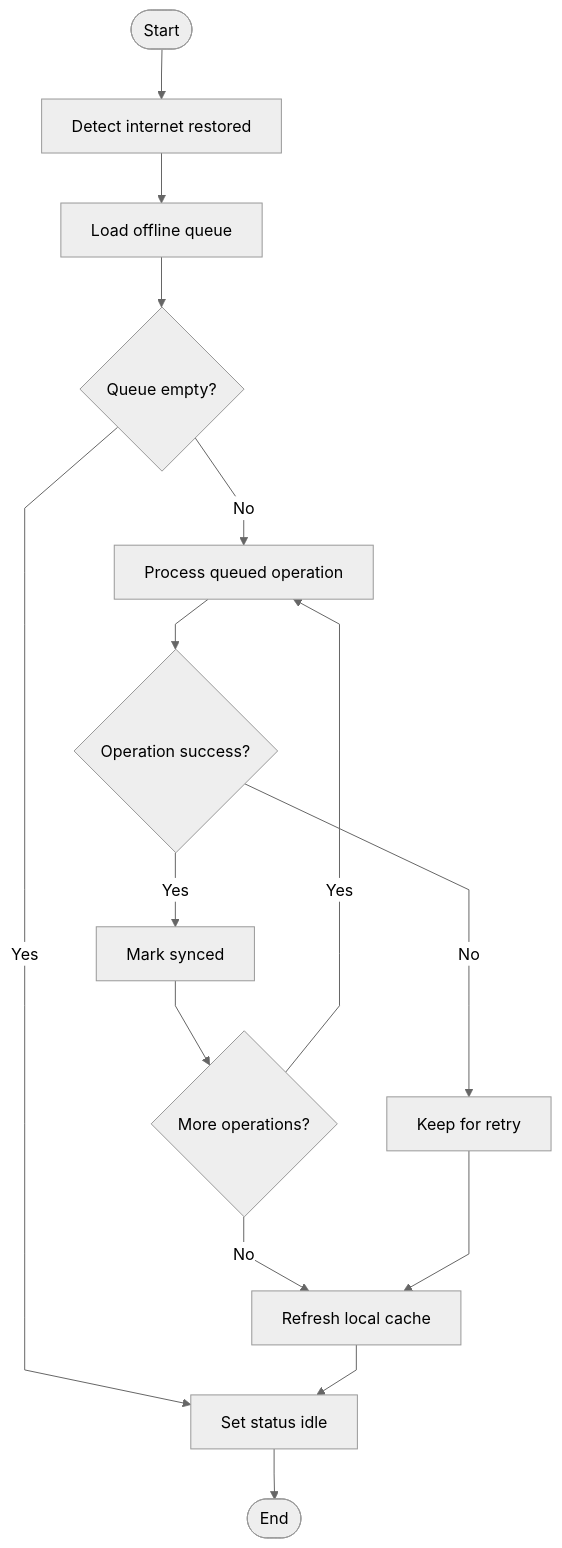
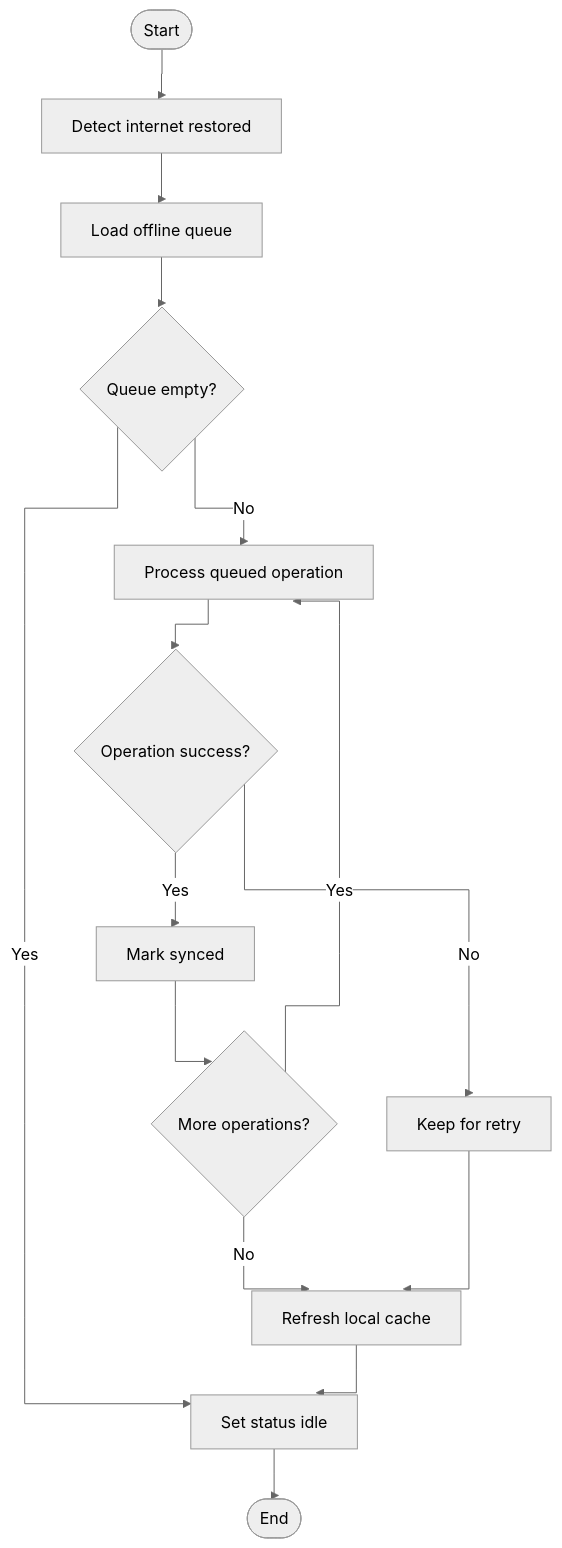
One commit to Sarthakanon/RoomEase changed the diagram in final-submission/final-diagrams/subsystems/07-offline-sync/activity_reconnect_sync.mmd. Above: the diagram before and after it, drawn with Mermaid (neutral theme). The commit also changed 249 other files, not shown here.

Commit message:
feat: complete analytics v2 migration, recurring flows, profile pages, and deployment prep

```diff
--- a/final-submission/final-diagrams/subsystems/07-offline-sync/activity_reconnect_sync.mmd
+++ b/final-submission/final-diagrams/subsystems/07-offline-sync/activity_reconnect_sync.mmd
@@ -1,16 +1,16 @@
-%%{init: {'flowchart': {'curve': 'linear'}} }%%
+%%{init: {'flowchart': {'curve': 'stepBefore'}} }%%
 flowchart TB
   S([Start]) --> A[Detect internet restored]
   A --> B[Load offline queue]
   B --> C{Queue empty?}
   C -->|Yes| D[Set status idle]
   C -->|No| E[Process queued operation]
   E --> F{Operation success?}
   F -->|Yes| G[Mark synced]
   F -->|No| H[Keep for retry]
   G --> I{More operations?}
   I -->|Yes| E
   I -->|No| J[Refresh local cache]
   H --> J
   J --> D
   D --> K([End])
```
